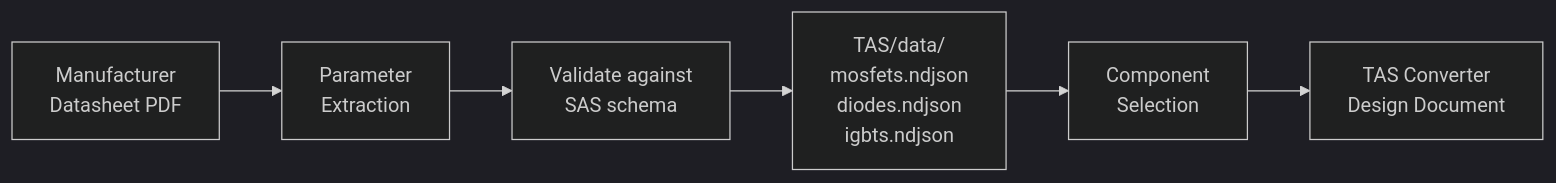
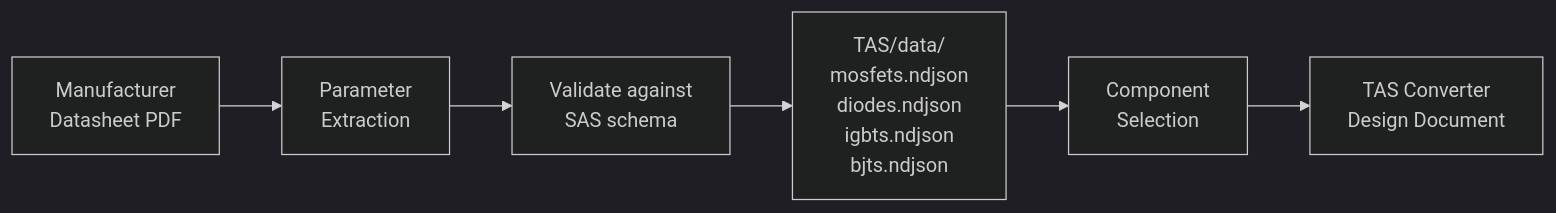
The second of 2 diagrams in README.md (Power-Supply-Manufacturers-Association/SAS), drawn with Mermaid (dark theme) before and after one commit. The commit also changed other lines of this file and 15 other files, not shown here.

First line of the commit message:
fix(schema): per-device subType enums; sealed outputs; stale seeds removed; docs rewritten

````diff
--- a/README.md
+++ b/README.md
@@ -153,8 +162,8 @@
 ```mermaid
 flowchart LR
     DS["Manufacturer<br/>Datasheet PDF"] --> Extract["Parameter<br/>Extraction"]
     Extract --> Validate["Validate against<br/>SAS schema"]
-    Validate --> NDJSON["TAS/data/<br/>mosfets.ndjson<br/>diodes.ndjson<br/>igbts.ndjson"]
+    Validate --> NDJSON["TAS/data/<br/>mosfets.ndjson<br/>diodes.ndjson<br/>igbts.ndjson<br/>bjts.ndjson"]
     NDJSON --> Select["Component<br/>Selection"]
     Select --> TAS["TAS Converter<br/>Design Document"]
 ```
````
